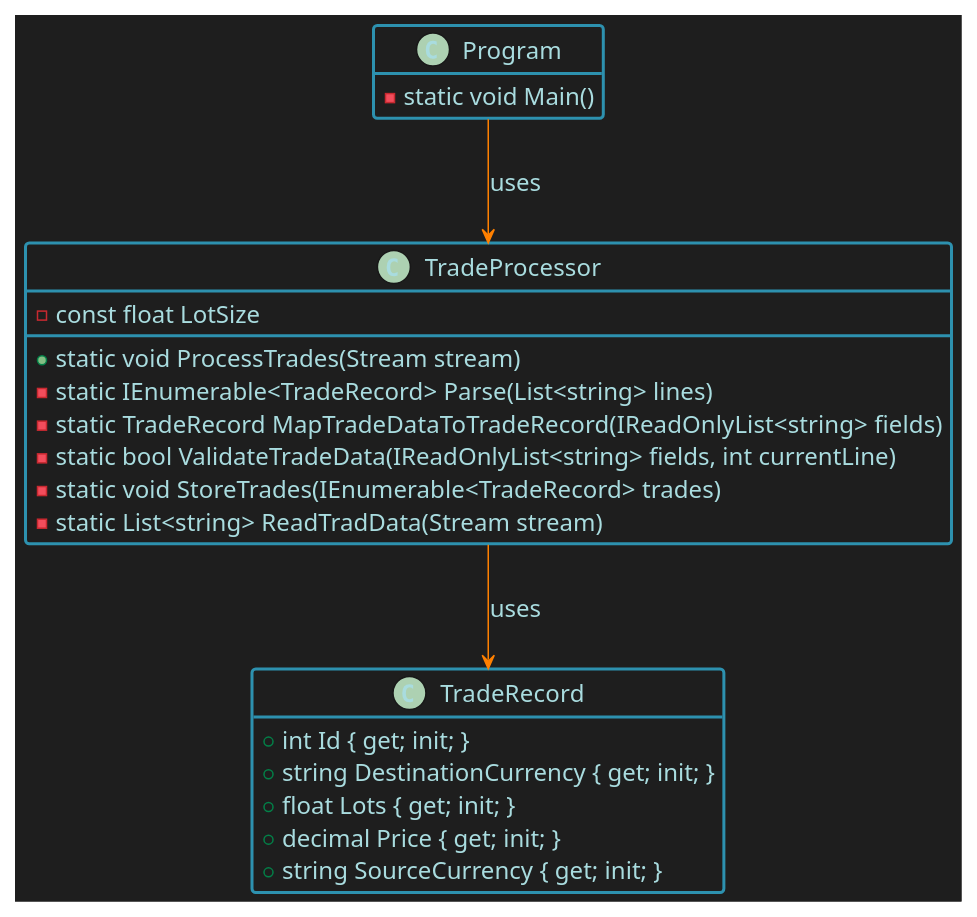
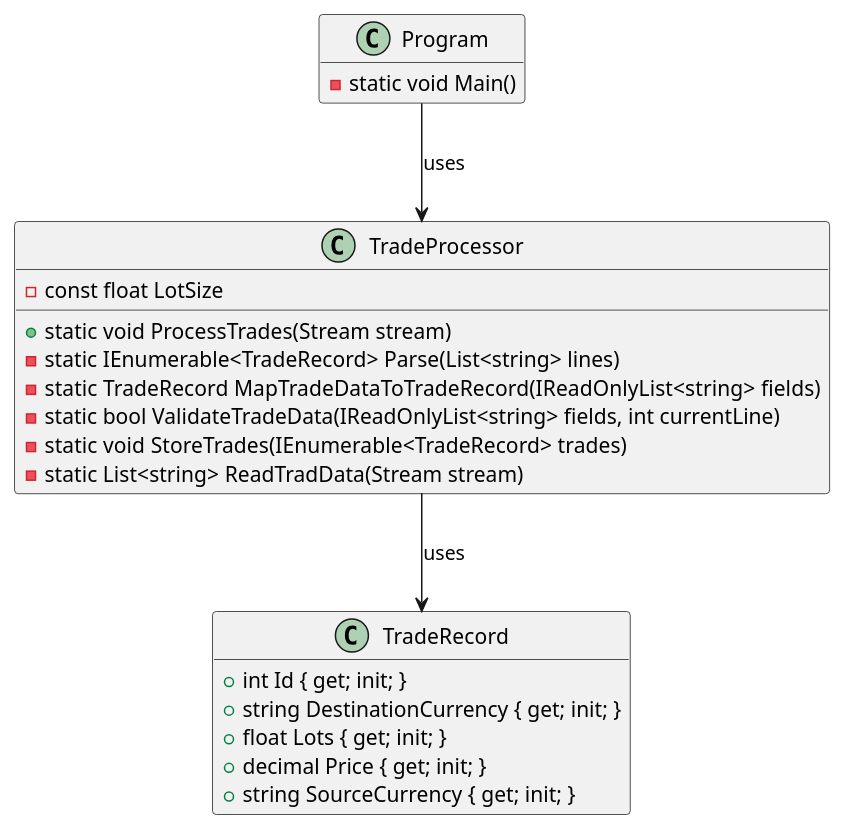
One commit to Shane-Wilson-class/solid-project-1 changed the diagram in solid-project-1/Before.puml. Above: the diagram before and after it, drawn with PlantUML. The commit also changed 3 other files, not shown here.

```diff
--- a/solid-project-1/Before.puml
+++ b/solid-project-1/Before.puml
@@ -1,51 +1,29 @@
 @startuml
-skinparam backgroundColor  #1E1E1E
-skinparam DefaultFontColor #A9DCDF
-skinparam DefaultFontSize 16
-skinparam DefaultFontName JetBrains Mono
-
-skinparam class {
-  BackgroundColor #1E1E1E
-  BorderColor #2D91AF
-  ArrowColor #FF8000
-  BorderThickness 2
-}
-
-skinparam package {
-  BackgroundColor #0
-  BorderColor #2D91AF
-}
-
-skinparam note {
-  BackgroundColor #565656
-  BorderColor #F78782
-  FontColor #A9DCDF
-}
 hide empty members
 
 class Program {
     - static void Main()
 }
 
 class TradeRecord {
     + int Id { get; init; }
     + string DestinationCurrency { get; init; }
     + float Lots { get; init; }
     + decimal Price { get; init; }
     + string SourceCurrency { get; init; }
 }
 
 class TradeProcessor {
     - const float LotSize
     + static void ProcessTrades(Stream stream)
     - static IEnumerable<TradeRecord> Parse(List<string> lines)
     - static TradeRecord MapTradeDataToTradeRecord(IReadOnlyList<string> fields)
     - static bool ValidateTradeData(IReadOnlyList<string> fields, int currentLine)
     - static void StoreTrades(IEnumerable<TradeRecord> trades)
     - static List<string> ReadTradData(Stream stream)
 }
 
 Program --> TradeProcessor : uses
 TradeProcessor --> TradeRecord : uses
 
 @enduml
```
